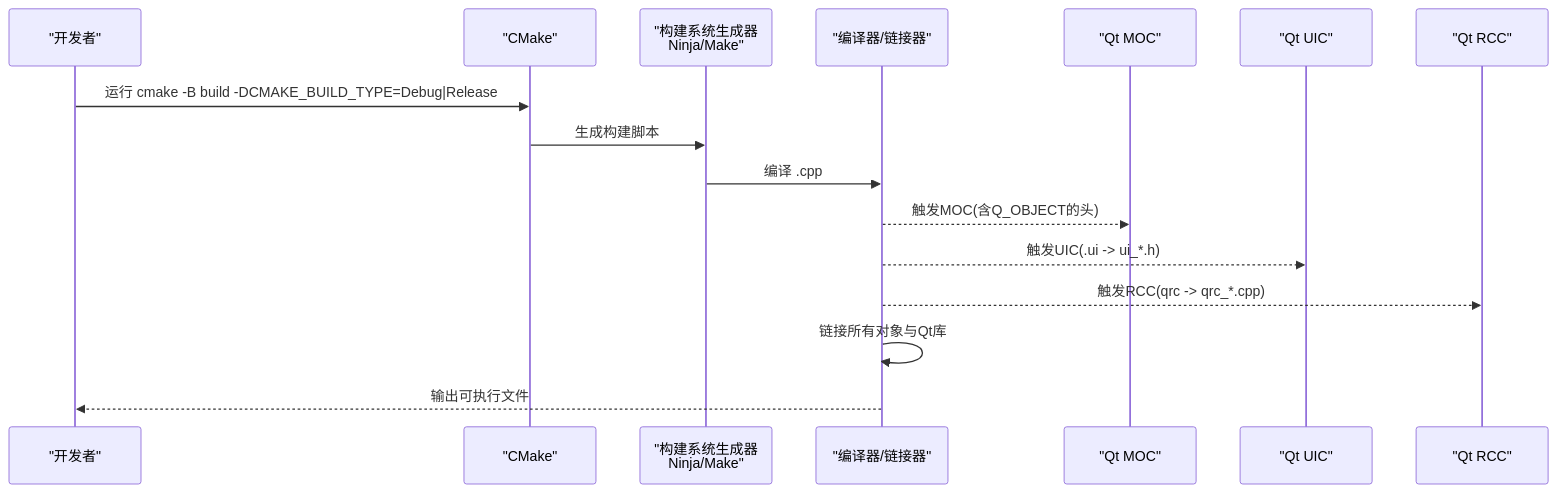
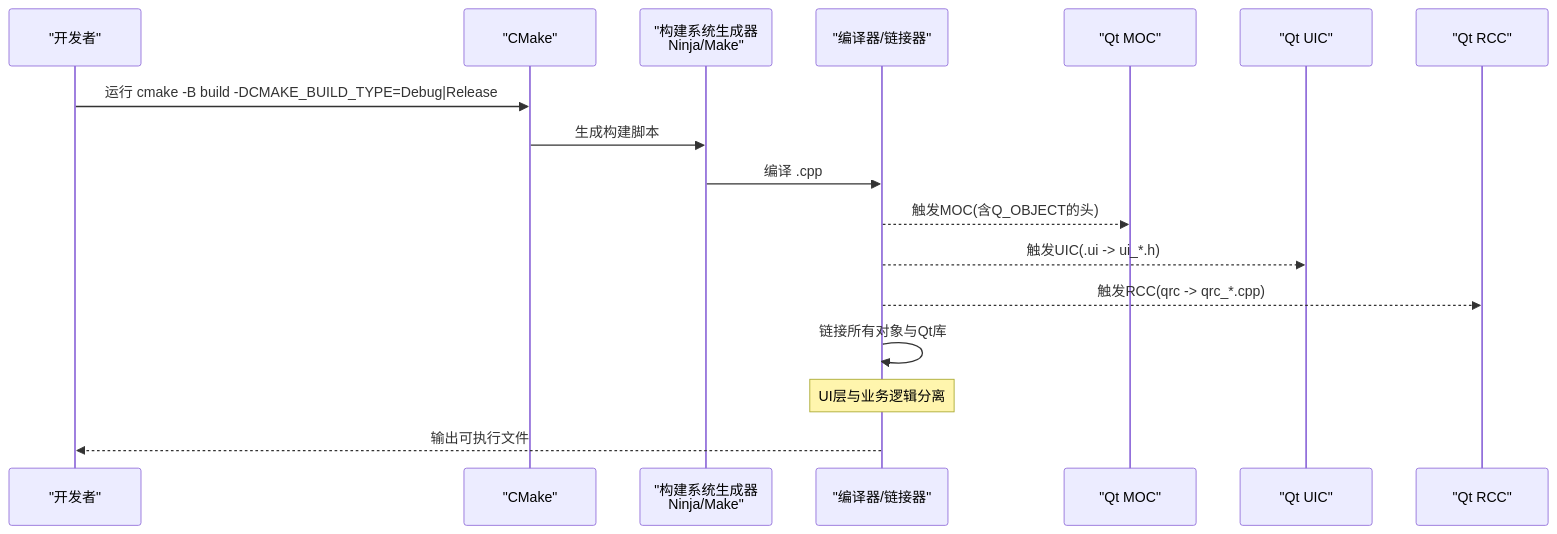
The second of 4 diagrams in .qoder/repowiki/zh/content/构建和部署/构建流程.md (jakecai1225-design/OpenBus), drawn with Mermaid before and after one commit. The commit also changed other lines of this file and 29 other files, not shown here.

````diff
--- a/.qoder/repowiki/zh/content/构建和部署/构建流程.md
+++ b/.qoder/repowiki/zh/content/构建和部署/构建流程.md
@@ -91,18 +103,19 @@
 ```mermaid
 sequenceDiagram
 participant Dev as "开发者"
 participant CMake as "CMake"
 participant Generator as "构建系统生成器<br/>Ninja/Make"
 participant CC as "编译器/链接器"
 participant MOC as "Qt MOC"
 participant UIC as "Qt UIC"
 participant RCC as "Qt RCC"
 Dev->>CMake : 运行 cmake -B build -DCMAKE_BUILD_TYPE=Debug|Release
 CMake->>Generator : 生成构建脚本
 Generator->>CC : 编译 .cpp
 CC-->>MOC : 触发MOC(含Q_OBJECT的头)
 CC-->>UIC : 触发UIC(.ui -> ui_*.h)
 CC-->>RCC : 触发RCC(qrc -> qrc_*.cpp)
 CC->>CC : 链接所有对象与Qt库
+Note over CC : UI层与业务逻辑分离
 CC-->>Dev : 输出可执行文件
 ```
````
